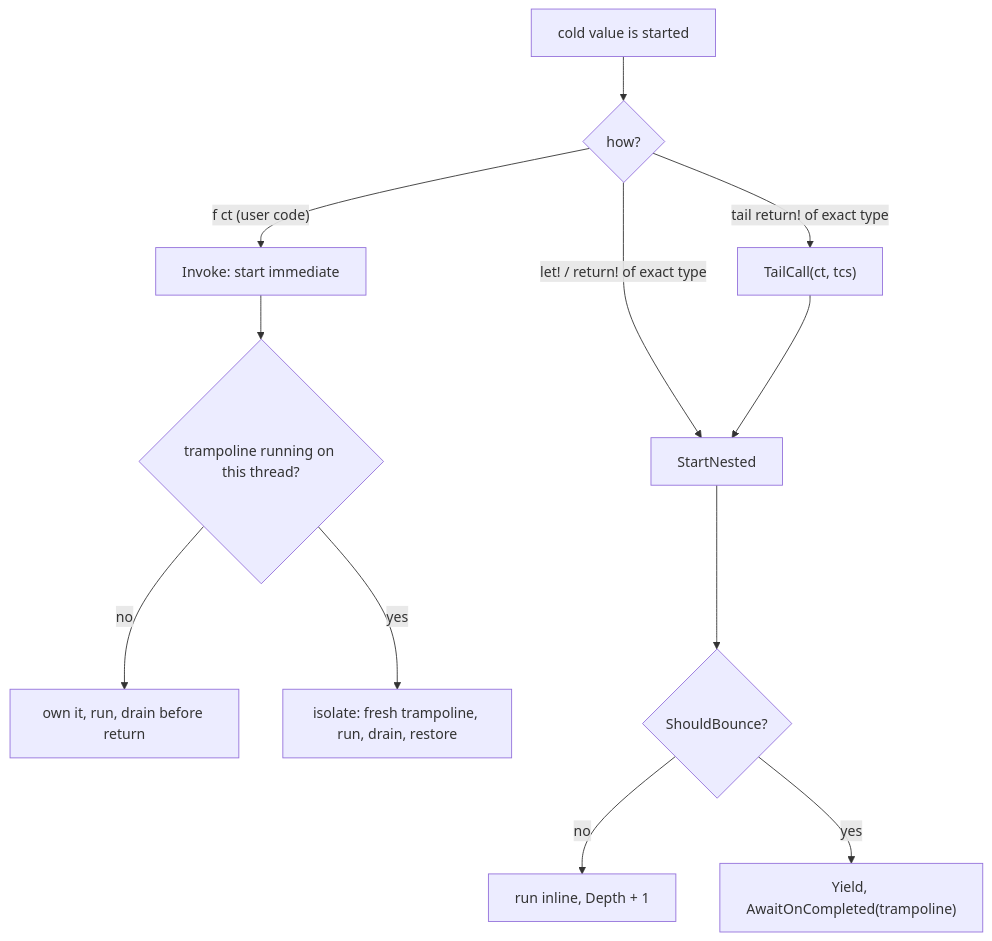
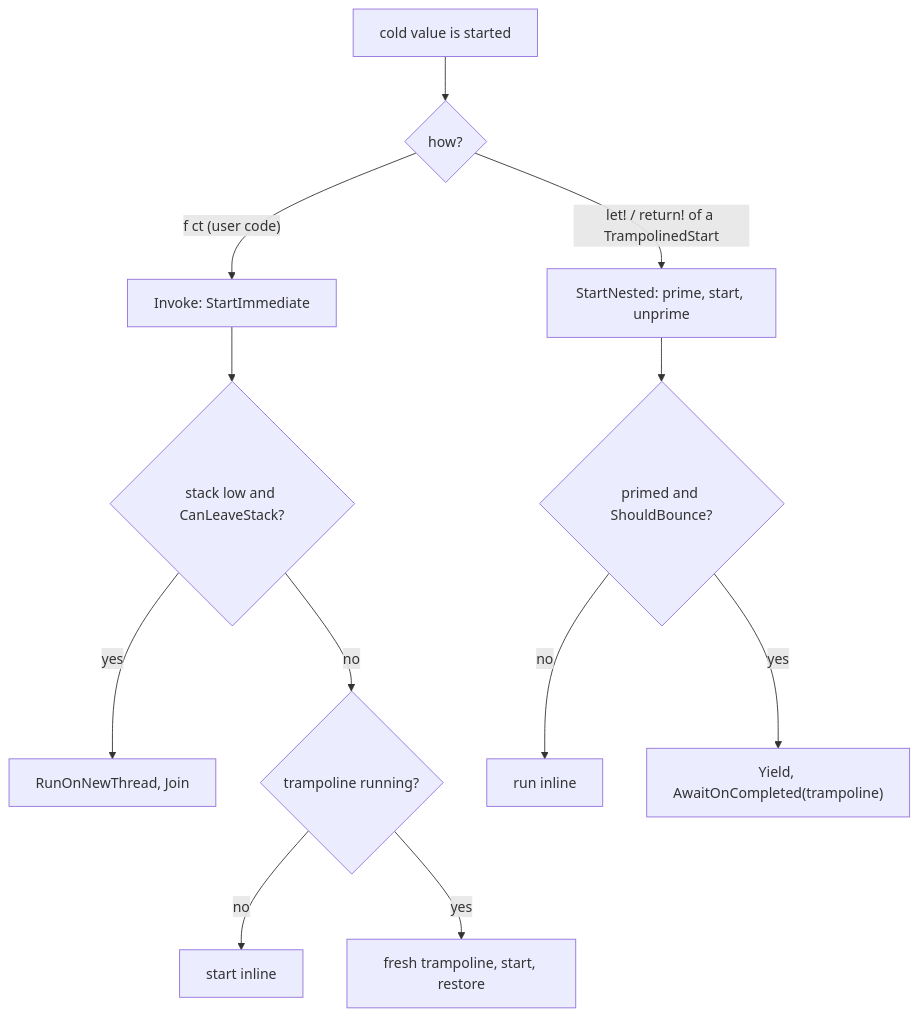
Before and after one commit to TheAngryByrd/IcedTasks: the diagram in lode/plans/recursion-and-tail-calls.md, drawn with Mermaid. The commit also changed other lines of this file and 7 other files, not shown here.

First line of the commit message:
Tell nested starts from user-code starts with an exact type

````diff
--- a/lode/plans/recursion-and-tail-calls.md
+++ b/lode/plans/recursion-and-tail-calls.md
@@ -69,14 +44,14 @@
 ```mermaid
 flowchart TD
     call["cold value is started"] --> kind{"how?"}
-    kind -->|"f ct (user code)"| imm["Invoke: start immediate"]
-    kind -->|"let! / return! of exact type"| nested["StartNested"]
-    kind -->|"tail return! of exact type"| tail["TailCall(ct, tcs)"]
-    imm --> own{"trampoline running on this thread?"}
-    own -->|no| owner["own it, run, drain before return"]
-    own -->|yes| iso["isolate: fresh trampoline, run, drain, restore"]
-    nested --> b{"ShouldBounce?"}
-    b -->|no| inline["run inline, Depth + 1"]
+    kind -->|"f ct (user code)"| imm["Invoke: StartImmediate"]
+    kind -->|"let! / return! of a TrampolinedStart"| nested["StartNested: prime, start, unprime"]
+    imm --> low{"stack low and CanLeaveStack?"}
+    low -->|yes| hop["RunOnNewThread, Join"]
+    low -->|no| own{"trampoline running?"}
+    own -->|no| run["start inline"]
+    own -->|yes| iso["fresh trampoline, start, restore"]
+    nested --> b{"primed and ShouldBounce?"}
+    b -->|no| inline["run inline"]
     b -->|yes| bounce["Yield, AwaitOnCompleted(trampoline)"]
-    tail --> nested
 ```
````
